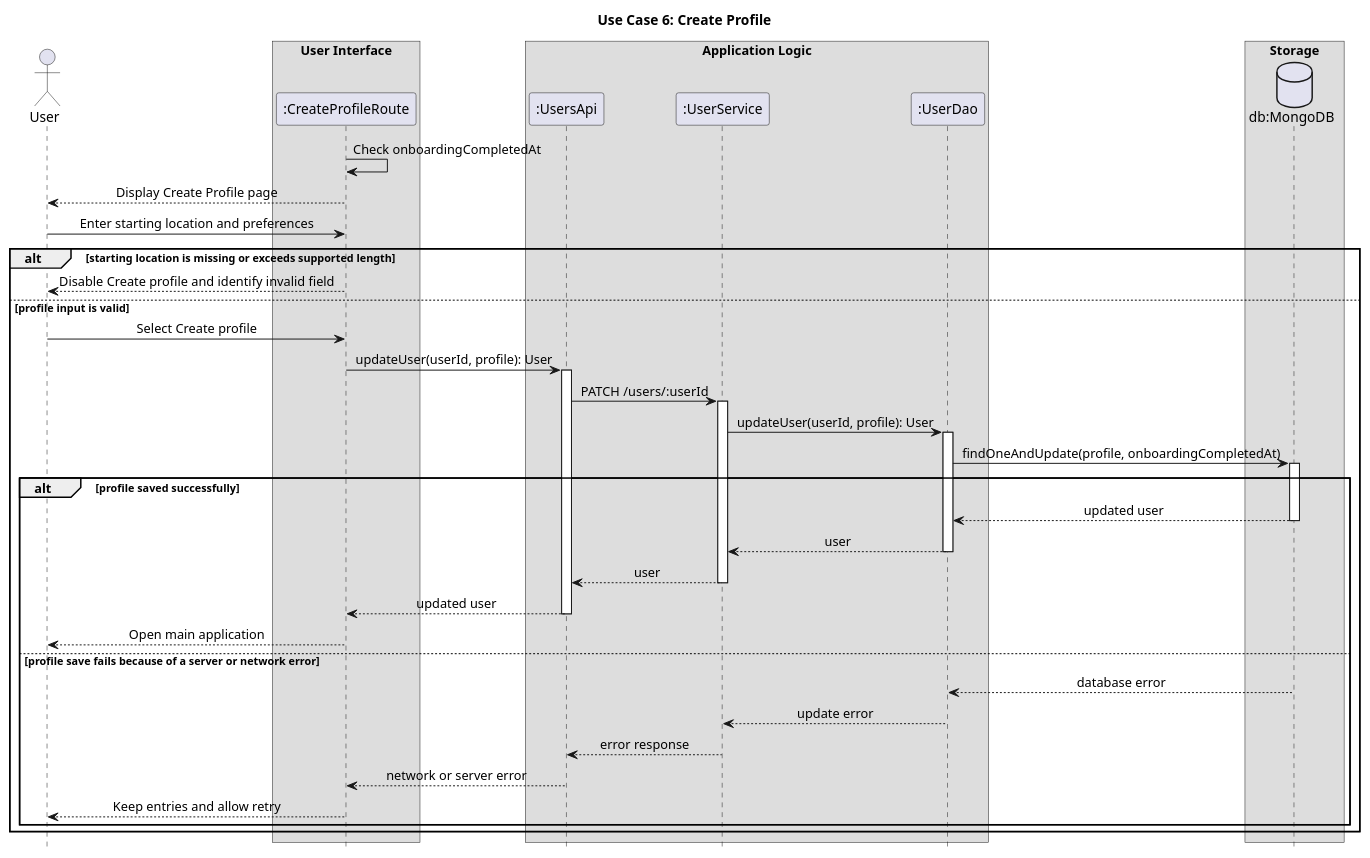
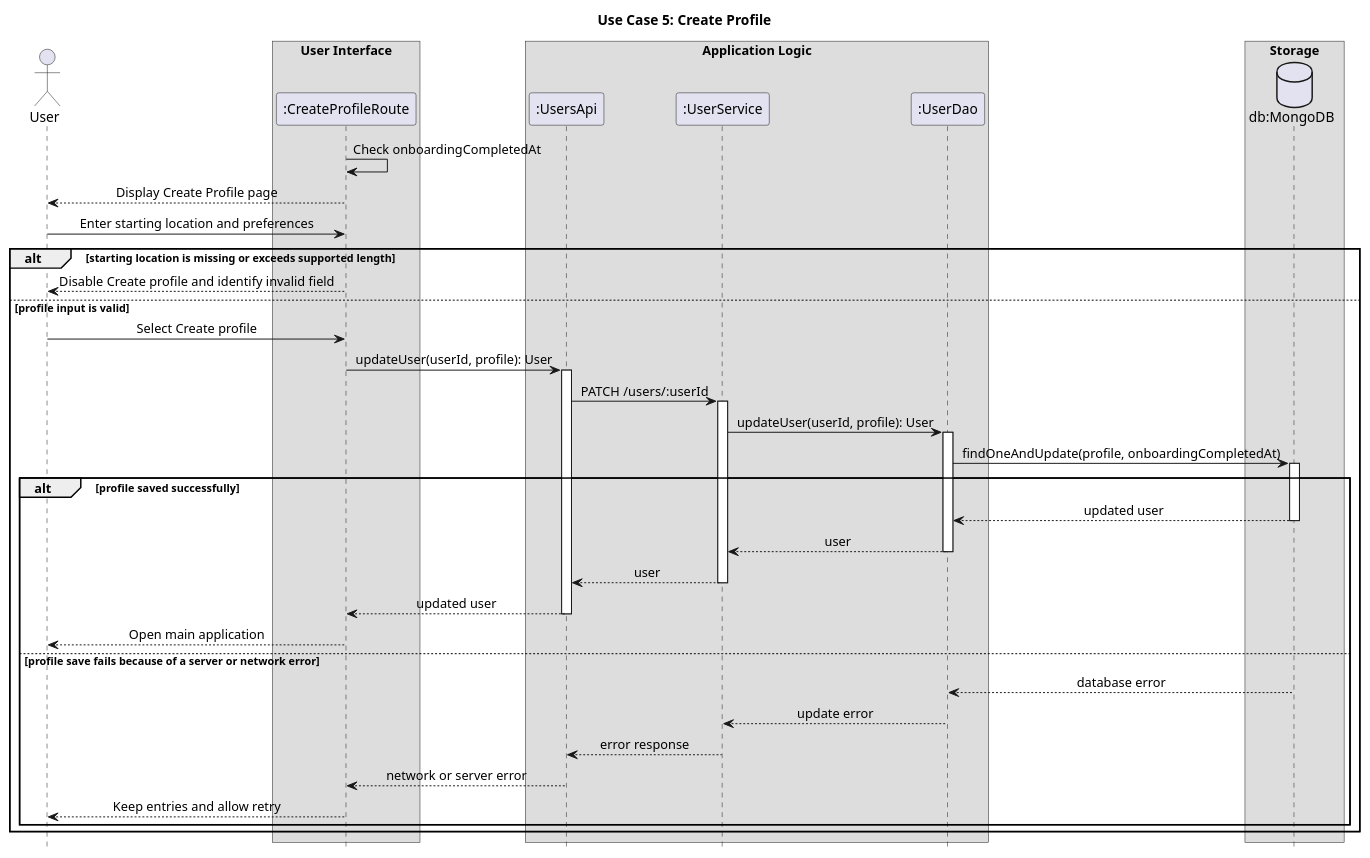
One commit to UBC-CPEN-V-321/W2026 changed the diagram in documentation/images/create_profile_seq_diagram.puml. Above: the diagram before and after it, drawn with PlantUML. The commit also changed 25 other files, not shown here.

```diff
--- a/documentation/images/create_profile_seq_diagram.puml
+++ b/documentation/images/create_profile_seq_diagram.puml
@@ -1,68 +1,68 @@
 @startuml
-title Use Case 6: Create Profile
+title Use Case 5: Create Profile
 
 skinparam ArrowFontStyle plain
 skinparam ParticipantStyle rectangle
 skinparam Shadowing false
 skinparam DefaultTextAlignment center
 skinparam SequenceMessageAlign center
 skinparam FontName Arial
 hide footbox
 
 actor User
 
 box "User Interface"
 participant ":CreateProfileRoute" as App
 end box
 
 box "Application Logic"
 participant ":UsersApi" as UsersApi
 participant ":UserService" as UserService
 participant ":UserDao" as UserDao
 end box
 
 box "Storage"
 database "db:MongoDB" as DB
 end box
 
 App -> App : Check onboardingCompletedAt
 App --> User : Display Create Profile page
 User -> App : Enter starting location and preferences
 
 alt starting location is missing or exceeds supported length
     App --> User : Disable Create profile and identify invalid field
 else profile input is valid
     User -> App : Select Create profile
     App -> UsersApi : updateUser(userId, profile): User
     activate UsersApi
     UsersApi -> UserService : PATCH /users/:userId
     activate UserService
     UserService -> UserDao : updateUser(userId, profile): User
     activate UserDao
     UserDao -> DB : findOneAndUpdate(profile, onboardingCompletedAt)
     activate DB
 
     alt profile saved successfully
         DB --> UserDao : updated user
         deactivate DB
         UserDao --> UserService : user
         deactivate UserDao
         UserService --> UsersApi : user
         deactivate UserService
         UsersApi --> App : updated user
         deactivate UsersApi
         App --> User : Open main application
     else profile save fails because of a server or network error
         DB --> UserDao : database error
         deactivate DB
         UserDao --> UserService : update error
         deactivate UserDao
         UserService --> UsersApi : error response
         deactivate UserService
         UsersApi --> App : network or server error
         deactivate UsersApi
         App --> User : Keep entries and allow retry
     end
 end
 
 @enduml
```
